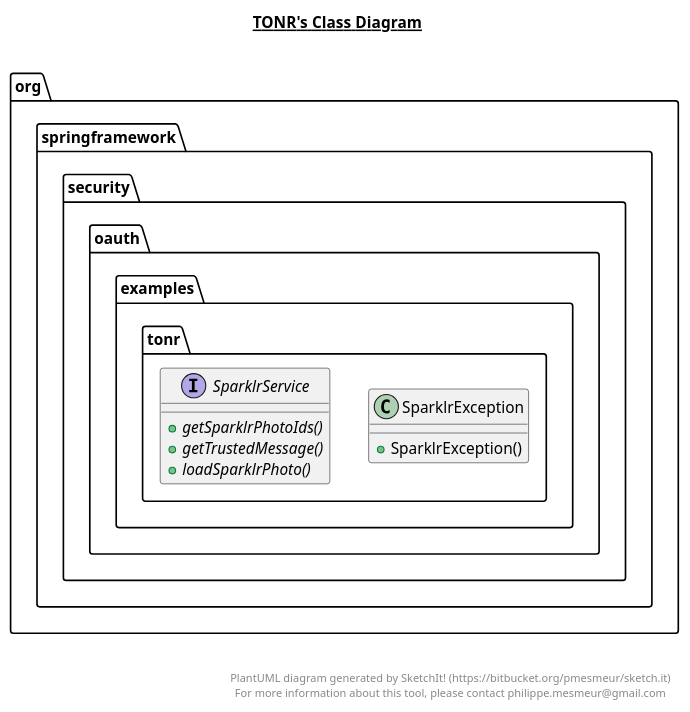
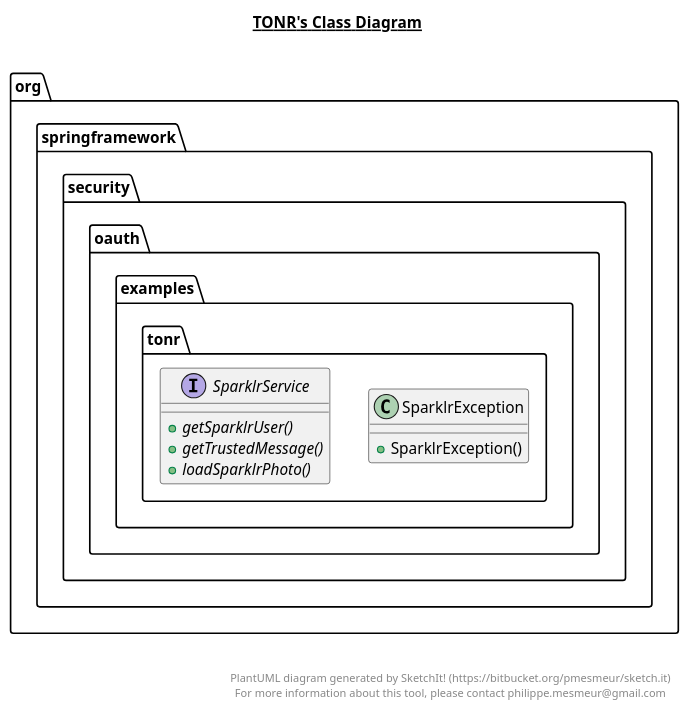
Before and after one commit to zwan2016/spring-security-oauth: the diagram in samples/oauth2/tonr/src/main/java/org/springframework/security/oauth/examples/tonr/tonr.plantuml, drawn with PlantUML. The commit also changed 10 other files, not shown here.

```diff
--- a/samples/oauth2/tonr/src/main/java/org/springframework/security/oauth/examples/tonr/tonr.plantuml
+++ b/samples/oauth2/tonr/src/main/java/org/springframework/security/oauth/examples/tonr/tonr.plantuml
@@ -1,30 +1,30 @@
 @startuml
 
 title __TONR's Class Diagram__\n
 
   namespace org.springframework.security.oauth.examples.tonr {
     class org.springframework.security.oauth.examples.tonr.SparklrException {
         + SparklrException()
     }
   }
   
 
   namespace org.springframework.security.oauth.examples.tonr {
     interface org.springframework.security.oauth.examples.tonr.SparklrService {
-        {abstract} + getSparklrPhotoIds()
+        {abstract} + getSparklrUser()
         {abstract} + getTrustedMessage()
         {abstract} + loadSparklrPhoto()
     }
   }
   
 
 
 
 right footer
 
 
 PlantUML diagram generated by SketchIt! (https://bitbucket.org/pmesmeur/sketch.it)
 For more information about this tool, please contact philippe.mesmeur@gmail.com
 endfooter
 
 @enduml
```
